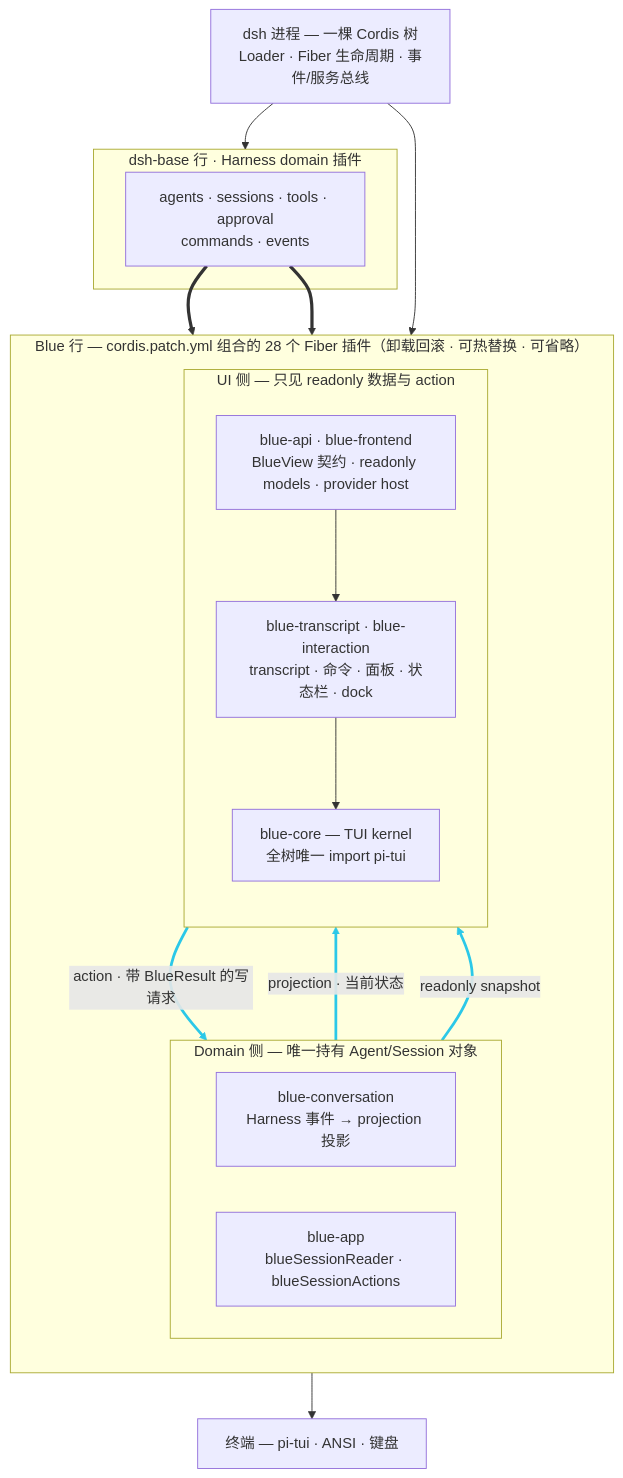
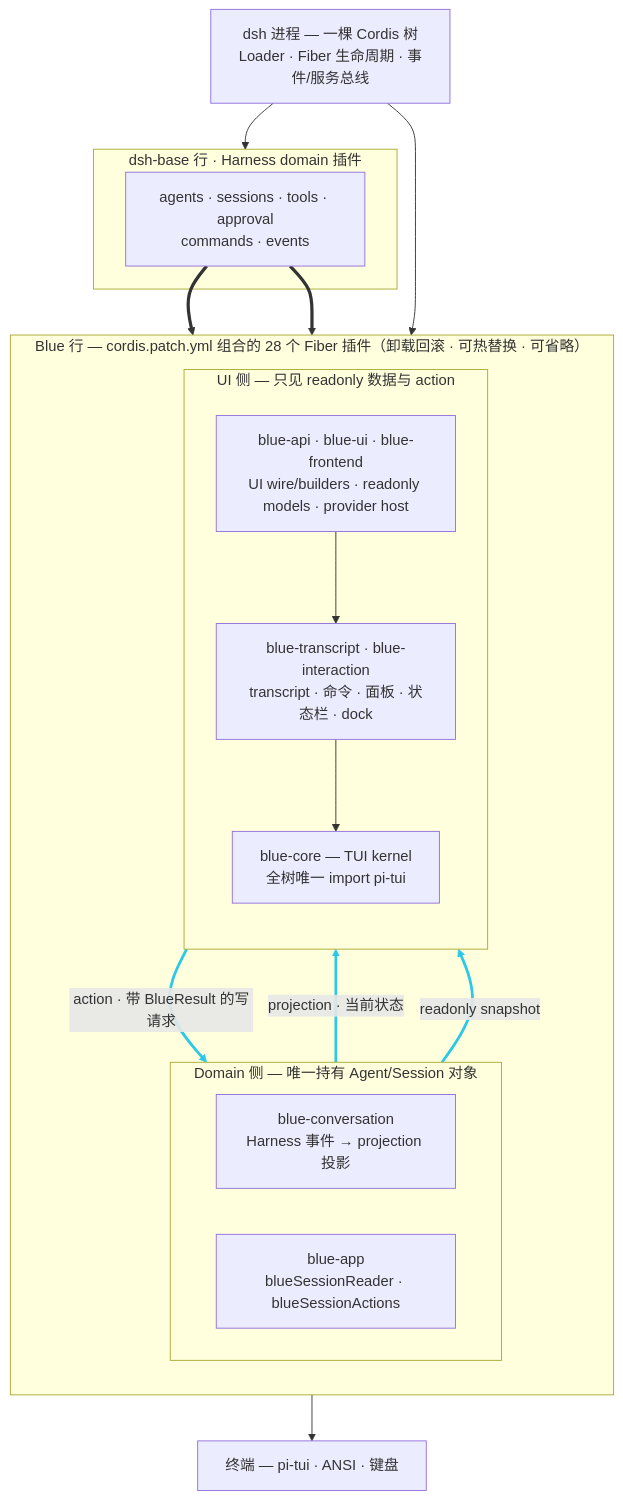
One commit to dsh-blue/blue changed the diagram in docs/diagrams/blue-layers.mmd. Above: the diagram before and after it, drawn with Mermaid. The commit also changed 21 other files, not shown here.

Commit message:
build(ui): integrate package into release graph

```diff
--- a/docs/diagrams/blue-layers.mmd
+++ b/docs/diagrams/blue-layers.mmd
@@ -1,36 +1,36 @@
 flowchart TB
     ROOT["dsh 进程 — 一棵 Cordis 树<br/>Loader · Fiber 生命周期 · 事件/服务总线"]
 
     subgraph BASE["dsh-base 行 · Harness domain 插件"]
         HAR["agents · sessions · tools · approval<br/>commands · events"]
     end
 
     subgraph BLUE["Blue 行 — cordis.patch.yml 组合的 28 个 Fiber 插件（卸载回滚 · 可热替换 · 可省略）"]
         direction TB
         subgraph DOM["Domain 侧 — 唯一持有 Agent/Session 对象"]
             direction LR
             CONV["blue-conversation<br/>Harness 事件 → projection 投影"]
             APP["blue-app<br/>blueSessionReader · blueSessionActions"]
         end
         subgraph UI["UI 侧 — 只见 readonly 数据与 action"]
             direction TB
-            FE["blue-api · blue-frontend<br/>BlueView 契约 · readonly models · provider host"]
+            FE["blue-api · blue-ui · blue-frontend<br/>UI wire/builders · readonly models · provider host"]
             ADP["blue-transcript · blue-interaction<br/>transcript · 命令 · 面板 · 状态栏 · dock"]
             KRN["blue-core — TUI kernel<br/>全树唯一 import pi-tui"]
             FE --> ADP
             ADP --> KRN
         end
         CONV -- "projection · 当前状态" --> FE
         APP -- "readonly snapshot" --> FE
         UI -- "action · 带 BlueResult 的写请求" --> DOM
     end
 
     TERM["终端 — pi-tui · ANSI · 键盘"]
 
     ROOT --> BASE
     ROOT --> BLUE
     HAR ==> CONV
     HAR ==> APP
     KRN --> TERM
 
     linkStyle 2,3,4 stroke:#2bc8e8,stroke-width:3px
```
